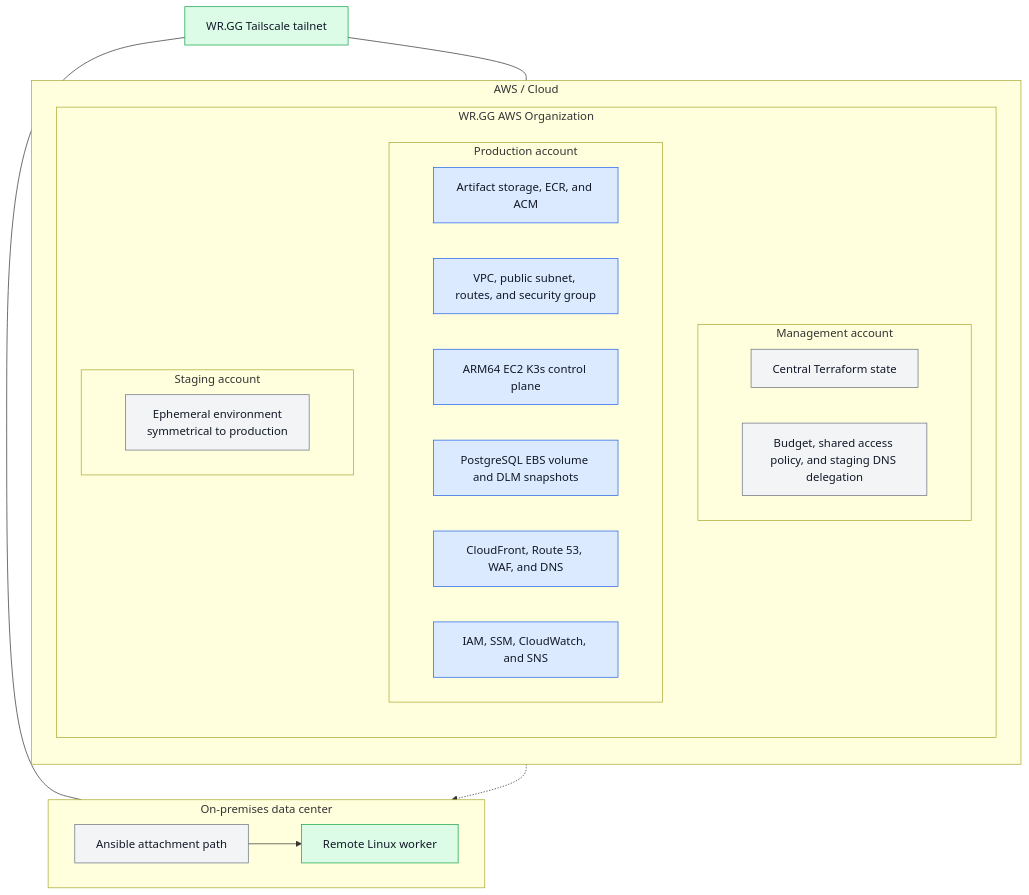
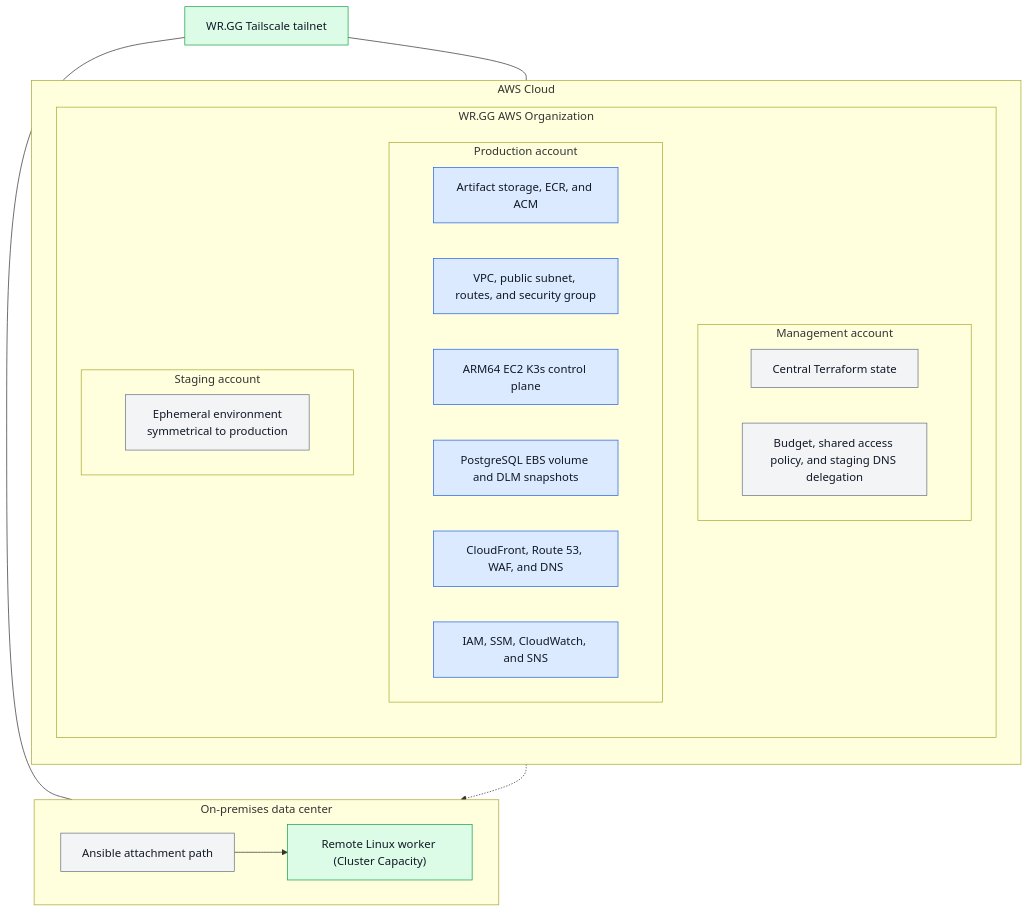
Before and after one commit to winrates-gg/wrgg-public-documentation: the first of 2 diagrams in docs/infrastructure-resources.md, drawn with Mermaid. The commit also changed other lines of this file and 3 other files, not shown here.

Commit message:
Trimming and network andcompute diagram rendering experiment

````diff
--- a/docs/infrastructure-resources.md
+++ b/docs/infrastructure-resources.md
@@ -29,53 +28,54 @@
 ```mermaid
 flowchart TB
-    subgraph AWS["AWS / Cloud"]
+    subgraph AWS["AWS Cloud"]
         direction TB
         subgraph Organization["WR.GG AWS Organization"]
             direction TB
 
             subgraph Management["Management account"]
                 direction LR
                 ManagementState["Central Terraform state"]
                 ManagementOps["Budget, shared access policy, and staging DNS delegation"]
             end
 
             subgraph Production["Production account"]
                 direction LR
                 ProductionBootstrap["Artifact storage, ECR, and ACM"]
                 ProductionNetwork["VPC, public subnet, routes, and security group"]
                 ProductionCompute["ARM64 EC2 K3s control plane"]
                 ProductionData["PostgreSQL EBS volume and DLM snapshots"]
                 ProductionDelivery["CloudFront, Route 53, WAF, and DNS"]
                 ProductionOperations["IAM, SSM, CloudWatch, and SNS"]
             end
 
             subgraph Staging["Staging account"]
                 direction LR
                 StagingShape["Ephemeral environment\nsymmetrical to production"]
             end
         end
     end
 
+    Tailscale["WR.GG Tailscale tailnet"]
+
     subgraph OnPrem["On-premises data center"]
         direction LR
         Ansible["Ansible attachment path"]
-        RemoteHost["Remote Linux worker"]
+        RemoteHost["Remote Linux worker (Cluster Capacity)"]
         Ansible --> RemoteHost
     end
 
-    Tailscale["WR.GG Tailscale tailnet"]
     ProductionOperations -.-> Ansible
     Tailscale --- ProductionCompute
     Tailscale --- RemoteHost
 
     classDef neutral fill:#f3f4f6,stroke:#6b7280,color:#111827
     classDef aws fill:#dbeafe,stroke:#2563eb,color:#111827
     classDef runtime fill:#dcfce7,stroke:#16a34a,color:#111827
     classDef external fill:#fee2e2,stroke:#dc2626,color:#111827
 
     class ManagementState,ManagementOps,Ansible neutral
     class ProductionBootstrap,ProductionNetwork,ProductionCompute,ProductionData,ProductionDelivery,ProductionOperations aws
     class StagingShape neutral
     class RemoteHost runtime
     class Tailscale runtime
 ```
````
